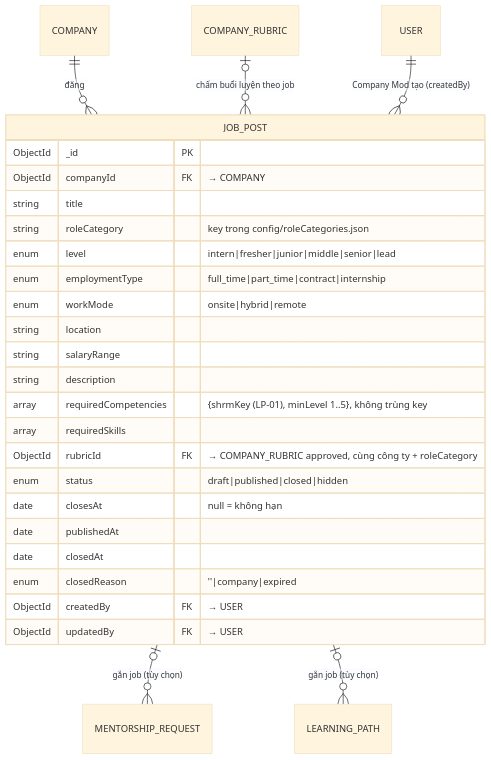
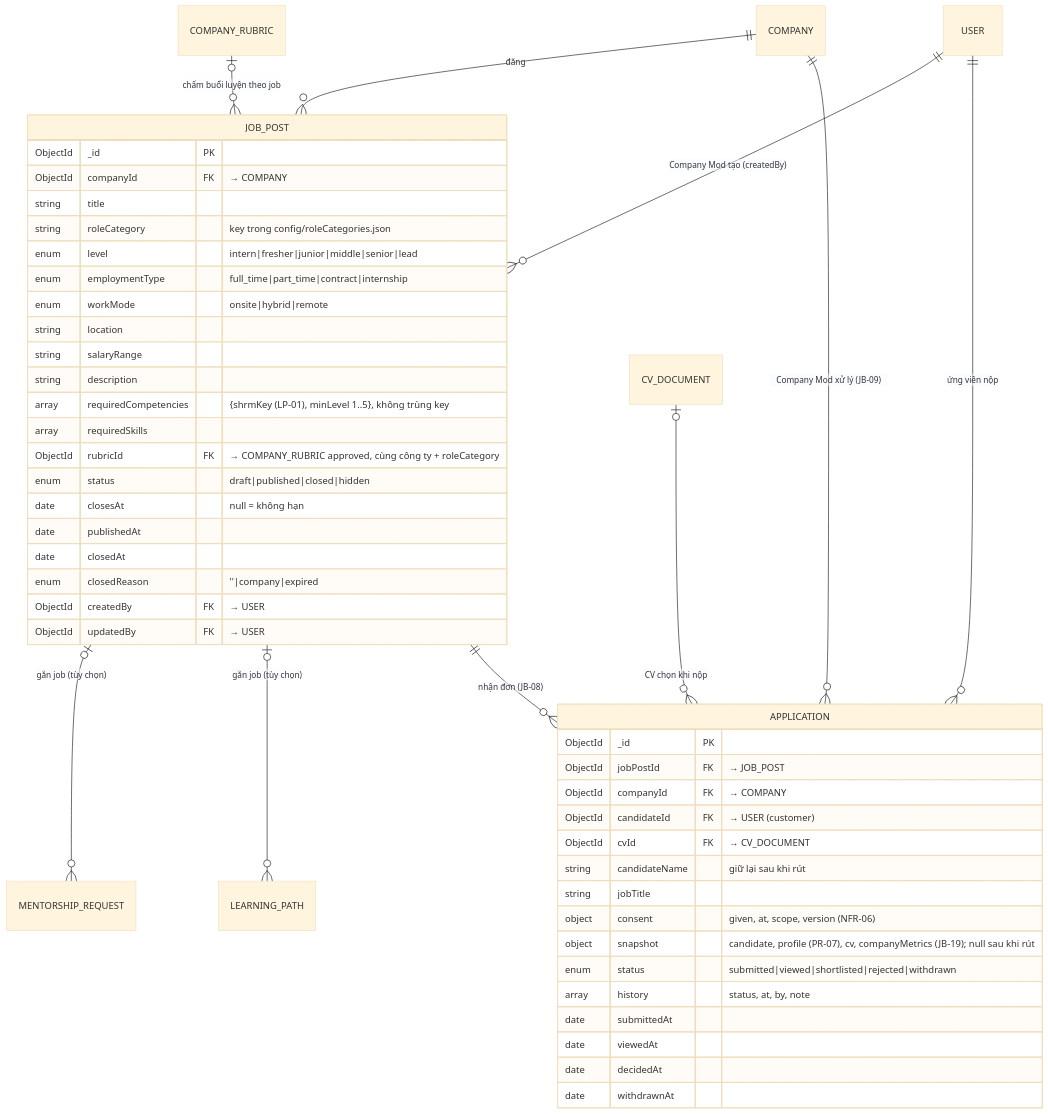
One commit to YenNhi206/ProInterview changed the third of 7 diagrams in docs/LOGICAL_ERD.md. Above: the diagram before and after it, drawn with Mermaid (base theme). The commit also changed other lines of this file and 14 other files, not shown here.

First line of the commit message:
JB-08, JB-09, JB-10: ứng tuyển kèm đồng ý, Company Moderator xử lý đơn, test integration

````diff
--- a/docs/LOGICAL_ERD.md
+++ b/docs/LOGICAL_ERD.md
@@ -266,30 +266,51 @@
 ```mermaid
 erDiagram
     COMPANY ||--o{ JOB_POST : "đăng"
     COMPANY_RUBRIC |o--o{ JOB_POST : "chấm buổi luyện theo job"
     USER ||--o{ JOB_POST : "Company Mod tạo (createdBy)"
     JOB_POST |o--o{ MENTORSHIP_REQUEST : "gắn job (tùy chọn)"
     JOB_POST |o--o{ LEARNING_PATH : "gắn job (tùy chọn)"
     JOB_POST {
         ObjectId _id PK
         ObjectId companyId FK "→ COMPANY"
         string title
         string roleCategory "key trong config/roleCategories.json"
         enum level "intern|fresher|junior|middle|senior|lead"
         enum employmentType "full_time|part_time|contract|internship"
         enum workMode "onsite|hybrid|remote"
         string location
         string salaryRange
         string description
         array requiredCompetencies "{shrmKey (LP-01), minLevel 1..5}, không trùng key"
         array requiredSkills
         ObjectId rubricId FK "→ COMPANY_RUBRIC approved, cùng công ty + roleCategory"
         enum status "draft|published|closed|hidden"
         date closesAt "null = không hạn"
         date publishedAt
         date closedAt
         enum closedReason "''|company|expired"
         ObjectId createdBy FK "→ USER"
         ObjectId updatedBy FK "→ USER"
     }
+    JOB_POST ||--o{ APPLICATION : "nhận đơn (JB-08)"
+    USER ||--o{ APPLICATION : "ứng viên nộp"
+    COMPANY ||--o{ APPLICATION : "Company Mod xử lý (JB-09)"
+    CV_DOCUMENT |o--o{ APPLICATION : "CV chọn khi nộp"
+    APPLICATION {
+        ObjectId _id PK
+        ObjectId jobPostId FK "→ JOB_POST"
+        ObjectId companyId FK "→ COMPANY"
+        ObjectId candidateId FK "→ USER (customer)"
+        ObjectId cvId FK "→ CV_DOCUMENT"
+        string candidateName "giữ lại sau khi rút"
+        string jobTitle
+        object consent "given, at, scope, version (NFR-06)"
+        object snapshot "candidate, profile (PR-07), cv, companyMetrics (JB-19); null sau khi rút"
+        enum status "submitted|viewed|shortlisted|rejected|withdrawn"
+        array history "status, at, by, note"
+        date submittedAt
+        date viewedAt
+        date decidedAt
+        date withdrawnAt
+    }
 ```
````
